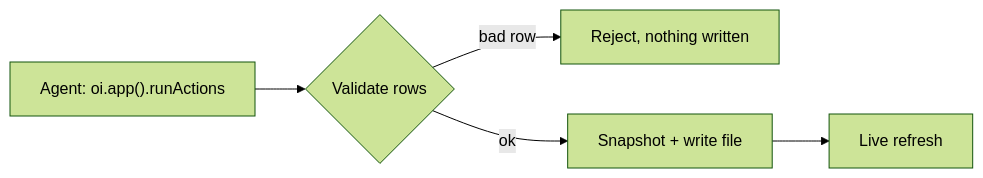
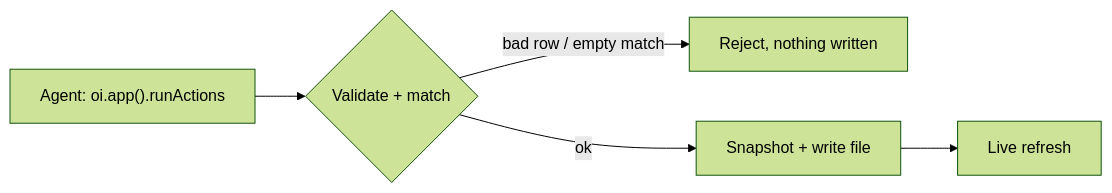
The diagram in apps/docs/content/docs/data/actions.mdx (lukaisailovic/openislands), drawn with Mermaid (forest theme) before and after one commit. The commit also changed other lines of this file and 9 other files, not shown here.

````diff
--- a/apps/docs/content/docs/data/actions.mdx
+++ b/apps/docs/content/docs/data/actions.mdx
@@ -11,7 +11,7 @@
 ```mermaid
 flowchart LR
-  A["Agent: oi.app().runActions"] --> V{Validate rows}
-  V -- bad row --> X[Reject, nothing written]
+  A["Agent: oi.app().runActions"] --> V{Validate + match}
+  V -- bad row / empty match --> X[Reject, nothing written]
   V -- ok --> S[Snapshot + write file]
   S --> L[Live refresh]
 ```
````
